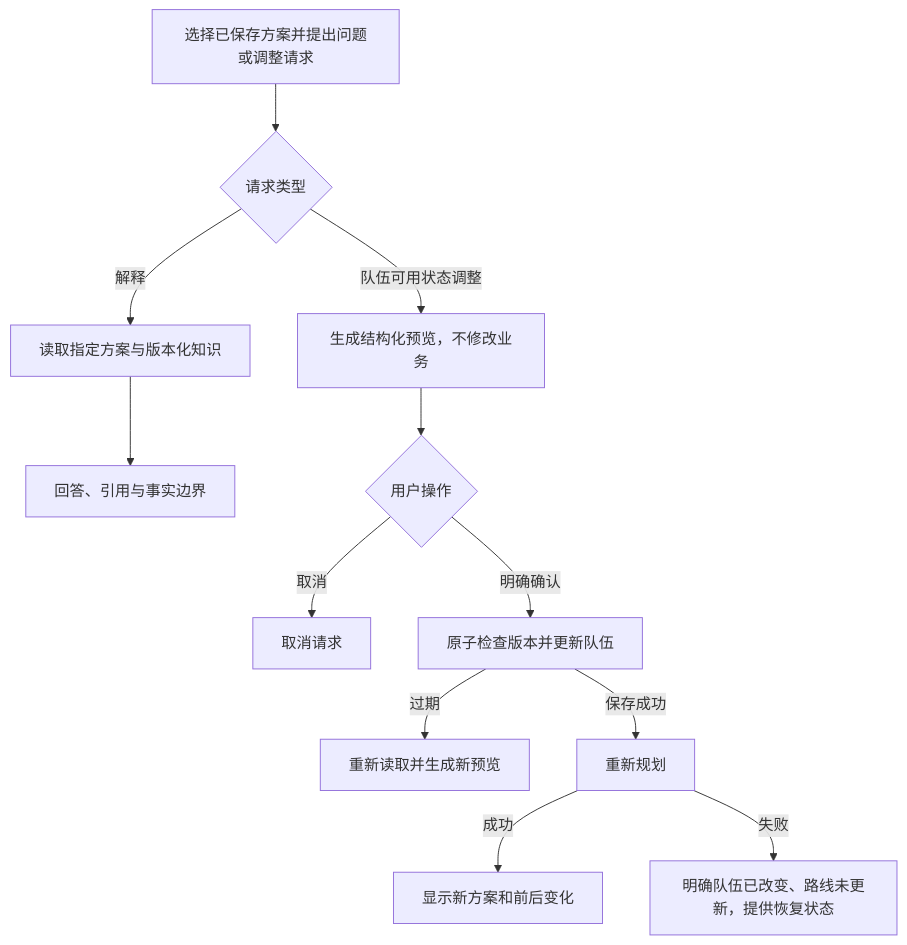
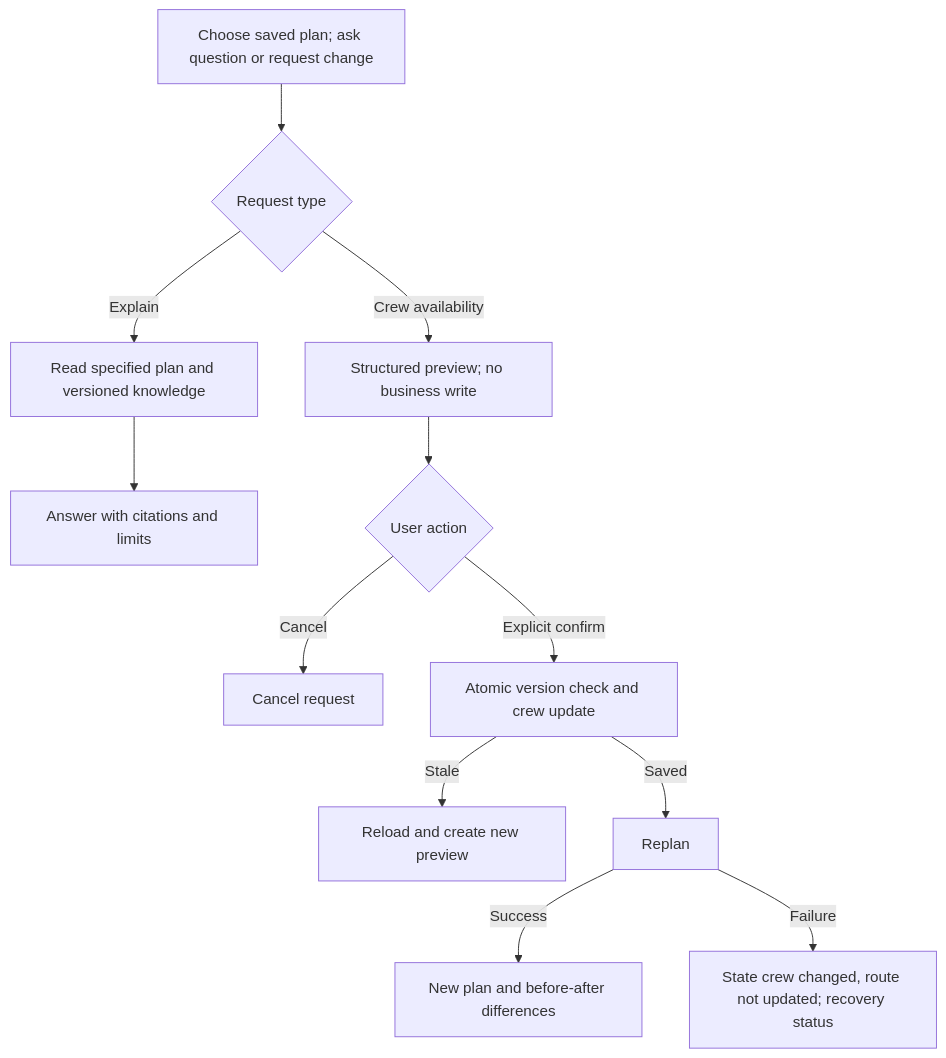
Before and after one commit to HUERJI-code/IRS-PM-2026-08-17-AIS08FT-GRP-Group37-RoadGuard: the second of 2 diagrams in SystemCode/frontend/docs/PAGE_FLOW.md, drawn with Mermaid. The commit also changed other lines of this file and 116 other files, not shown here.

````diff
--- a/SystemCode/frontend/docs/PAGE_FLOW.md
+++ b/SystemCode/frontend/docs/PAGE_FLOW.md
@@ -90,14 +72,14 @@
 ```mermaid
 flowchart TD
-  A[选择已保存方案并提出问题或调整请求] --> B{请求类型}
-  B -->|解释| C[读取指定方案与版本化知识]
-  C --> D[回答、引用与事实边界]
-  B -->|队伍可用状态调整| E[生成结构化预览，不修改业务]
-  E --> F{用户操作}
-  F -->|取消| G[取消请求]
-  F -->|明确确认| H[原子检查版本并更新队伍]
-  H -->|过期| I[重新读取并生成新预览]
-  H -->|保存成功| J[重新规划]
-  J -->|成功| K[显示新方案和前后变化]
-  J -->|失败| L[明确队伍已改变、路线未更新，提供恢复状态]
+  A[Choose saved plan; ask question or request change] --> B{Request type}
+  B -->|Explain| C[Read specified plan and versioned knowledge]
+  C --> D[Answer with citations and limits]
+  B -->|Crew availability| E[Structured preview; no business write]
+  E --> F{User action}
+  F -->|Cancel| G[Cancel request]
+  F -->|Explicit confirm| H[Atomic version check and crew update]
+  H -->|Stale| I[Reload and create new preview]
+  H -->|Saved| J[Replan]
+  J -->|Success| K[New plan and before-after differences]
+  J -->|Failure| L[State crew changed, route not updated; recovery status]
 ```
````
